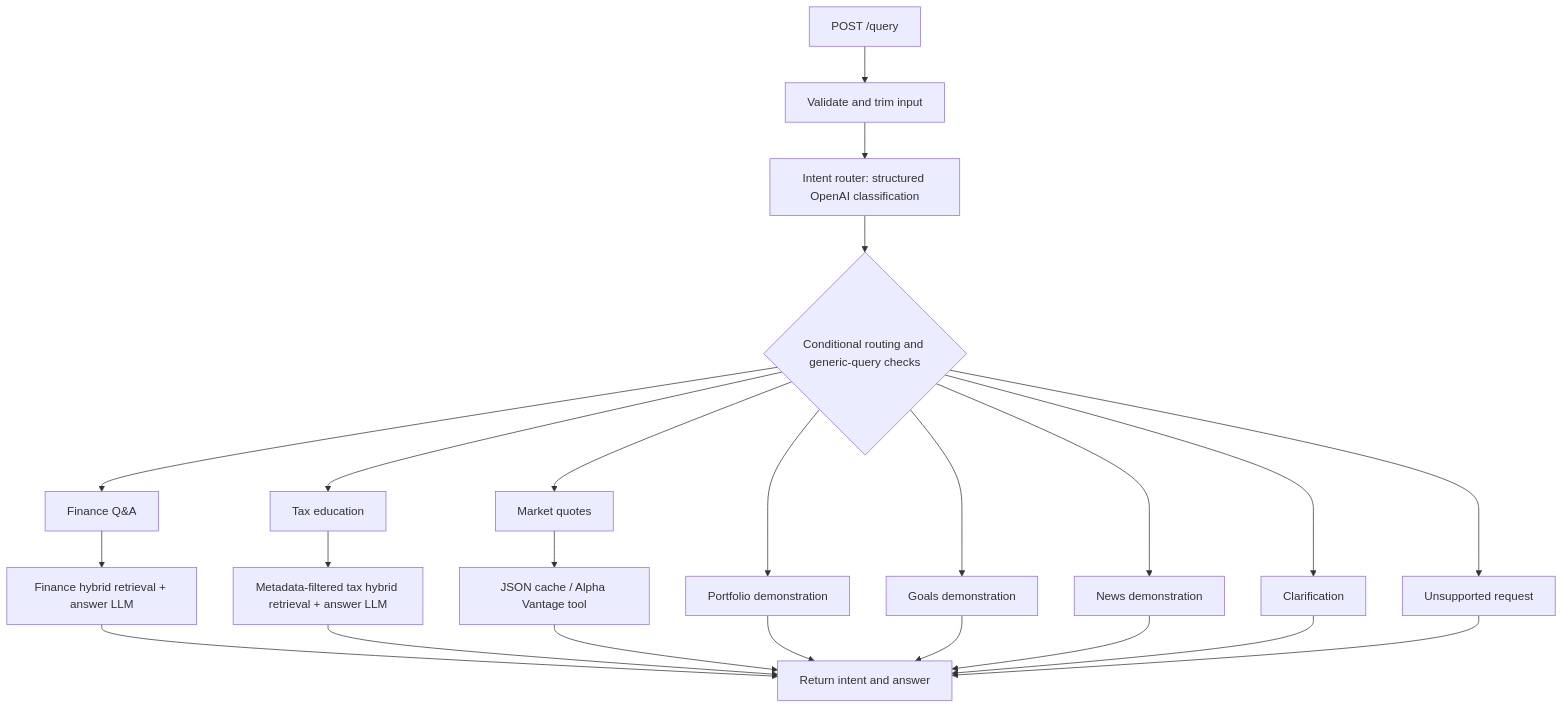
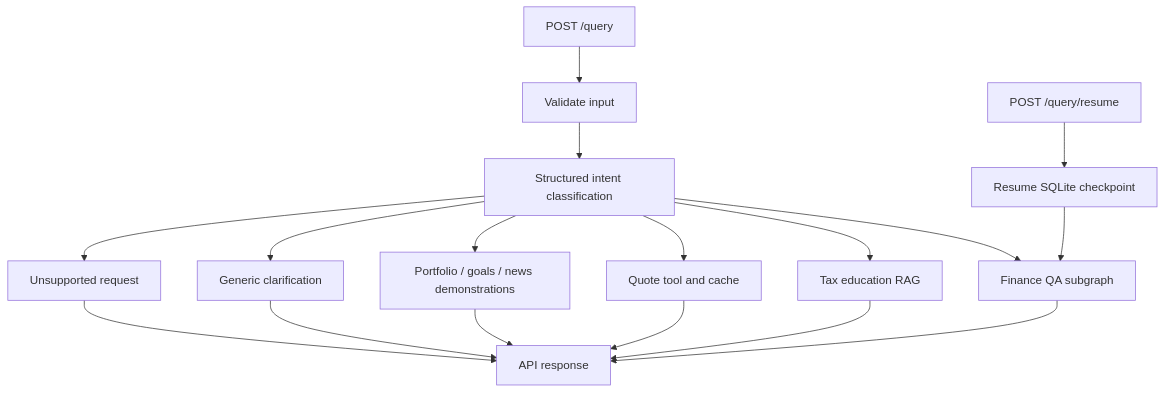
The first of 2 diagrams in README.md (vinodkandibilla/ai-finance-assistant), drawn with Mermaid before and after one commit. The commit also changed other lines of this file and 25 other files, not shown here.

````diff
--- a/README.md
+++ b/README.md
@@ -144,25 +142,19 @@
 ```mermaid
 flowchart TD
-    Request[POST /query] --> Validation[Validate and trim input]
-    Validation --> Router[Intent router: structured OpenAI classification]
-    Router --> Routing{Conditional routing and generic-query checks}
-    Routing --> Finance[Finance Q&A]
-    Routing --> Tax[Tax education]
-    Routing --> Market[Market quotes]
-    Routing --> Portfolio[Portfolio demonstration]
-    Routing --> Goals[Goals demonstration]
-    Routing --> News[News demonstration]
-    Routing --> Clarify[Clarification]
-    Routing --> Other[Unsupported request]
-    Finance --> FinanceRAG[Finance hybrid retrieval + answer LLM]
-    Tax --> TaxRAG[Metadata-filtered tax hybrid retrieval + answer LLM]
-    Market --> Quote[JSON cache / Alpha Vantage tool]
-    FinanceRAG --> End[Return intent and answer]
-    TaxRAG --> End
-    Quote --> End
-    Portfolio --> End
-    Goals --> End
-    News --> End
-    Clarify --> End
-    Other --> End
+    Request[POST /query] --> Validate[Validate input]
+    Validate --> Router[Structured intent classification]
+    Router --> Finance[Finance QA subgraph]
+    Router --> Tax[Tax education RAG]
+    Router --> Market[Quote tool and cache]
+    Router --> Demo[Portfolio / goals / news demonstrations]
+    Router --> Clarify[Generic clarification]
+    Router --> Other[Unsupported request]
+    Finance --> Response[API response]
+    Tax --> Response
+    Market --> Response
+    Demo --> Response
+    Clarify --> Response
+    Other --> Response
+    Resume[POST /query/resume] --> Checkpoint[Resume SQLite checkpoint]
+    Checkpoint --> Finance
 ```
````
